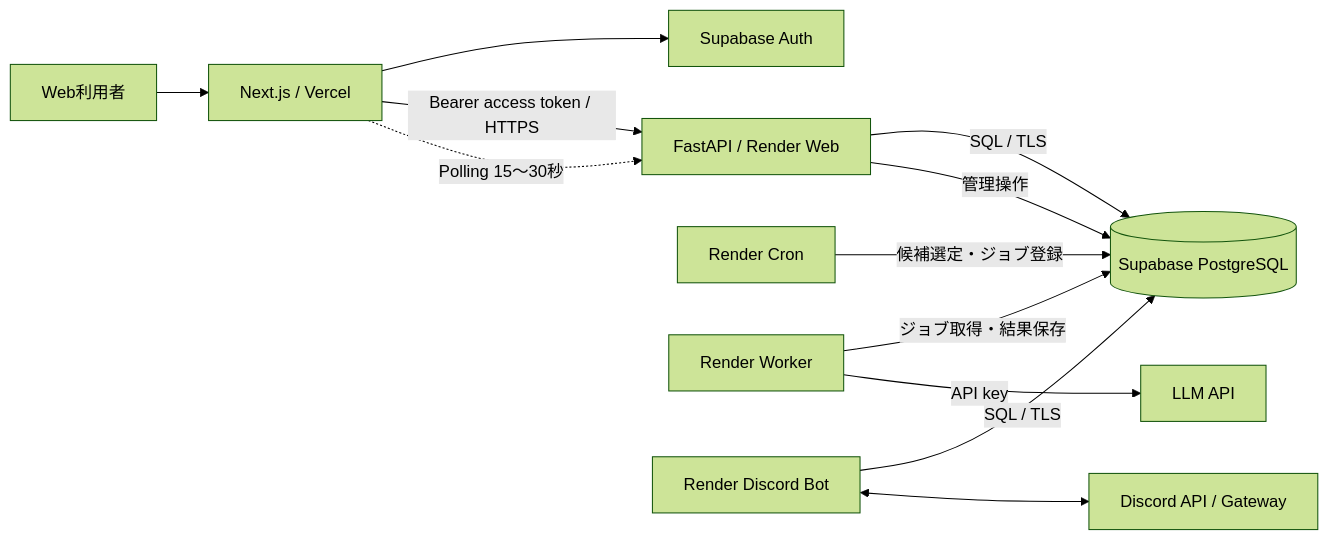
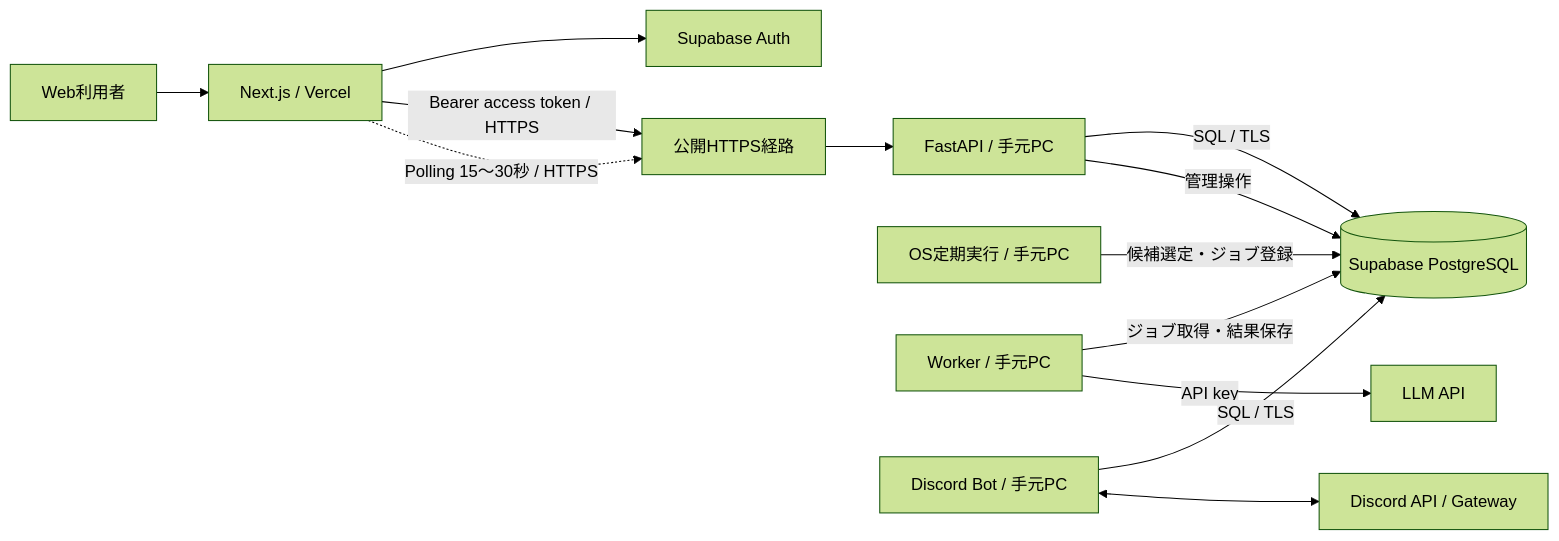
One commit to sskohei/Alter changed the diagram in docs/04-system-architecture.md. Above: the diagram before and after it, drawn with Mermaid (forest theme). The commit also changed other lines of this file and 17 other files, not shown here.

````diff
--- a/docs/04-system-architecture.md
+++ b/docs/04-system-architecture.md
@@ -3,14 +3,15 @@
 ```mermaid
 flowchart LR
   U[Web利用者] --> W[Next.js / Vercel]
   W --> A[Supabase Auth]
-  W -->|Bearer access token / HTTPS| API[FastAPI / Render Web]
+  W -->|Bearer access token / HTTPS| HTTPS[公開HTTPS経路]
+  HTTPS --> API[FastAPI / 手元PC]
   API -->|SQL / TLS| DB[(Supabase PostgreSQL)]
-  C[Render Cron] -->|候補選定・ジョブ登録| DB
-  WK[Render Worker] -->|ジョブ取得・結果保存| DB
+  C[OS定期実行 / 手元PC] -->|候補選定・ジョブ登録| DB
+  WK[Worker / 手元PC] -->|ジョブ取得・結果保存| DB
   WK -->|API key| LLM[LLM API]
-  BOT[Render Discord Bot] -->|SQL / TLS| DB
+  BOT[Discord Bot / 手元PC] -->|SQL / TLS| DB
   BOT <--> DC[Discord API / Gateway]
   API -->|管理操作| DB
-  W -.->|Polling 15〜30秒| API
+  W -.->|Polling 15〜30秒 / HTTPS| HTTPS
 ```
````
